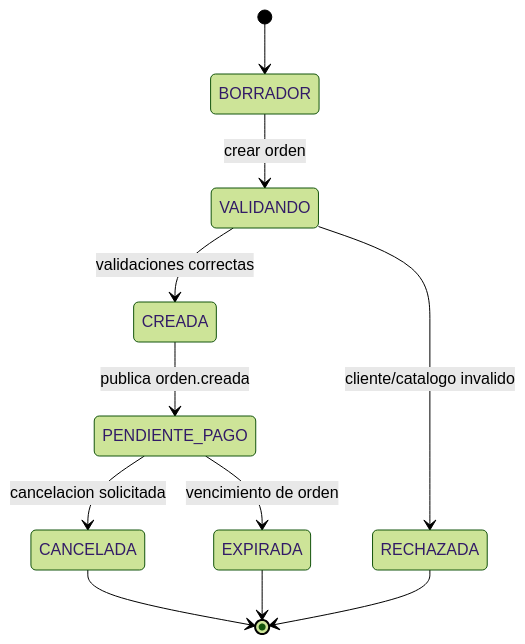
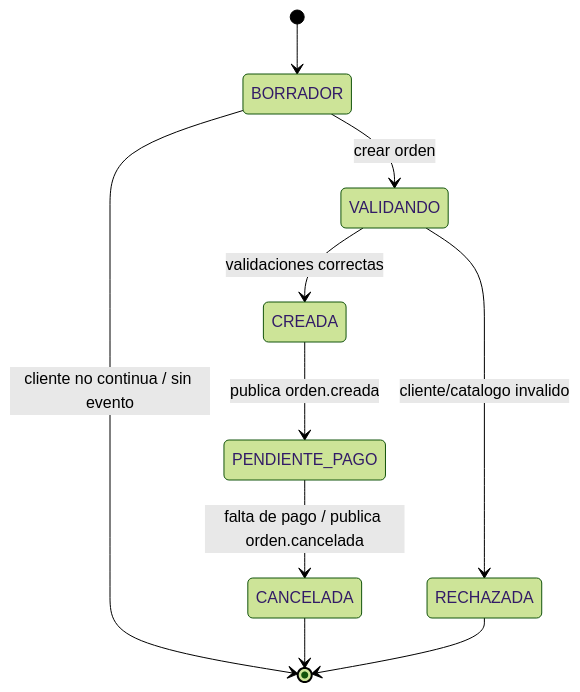
One commit to 262dist/pagatu changed the fourth of 17 diagrams in README_02_ARQUITECTURA_DETALLADA.md. Above: the diagram before and after it, drawn with Mermaid (forest theme). The commit also changed other lines of this file, not shown here.

````diff
--- a/README_02_ARQUITECTURA_DETALLADA.md
+++ b/README_02_ARQUITECTURA_DETALLADA.md
@@ -84,16 +84,15 @@
 ```mermaid
 stateDiagram-v2
     [*] --> BORRADOR
 
+    BORRADOR --> [*]: cliente no continua / sin evento
     BORRADOR --> VALIDANDO: crear orden
     VALIDANDO --> RECHAZADA: cliente/catalogo invalido
     VALIDANDO --> CREADA: validaciones correctas
 
     CREADA --> PENDIENTE_PAGO: publica orden.creada
-    PENDIENTE_PAGO --> CANCELADA: cancelacion solicitada
-    PENDIENTE_PAGO --> EXPIRADA: vencimiento de orden
+    PENDIENTE_PAGO --> CANCELADA: falta de pago / publica orden.cancelada
 
     CANCELADA --> [*]
-    EXPIRADA --> [*]
     RECHAZADA --> [*]
 ```
````
